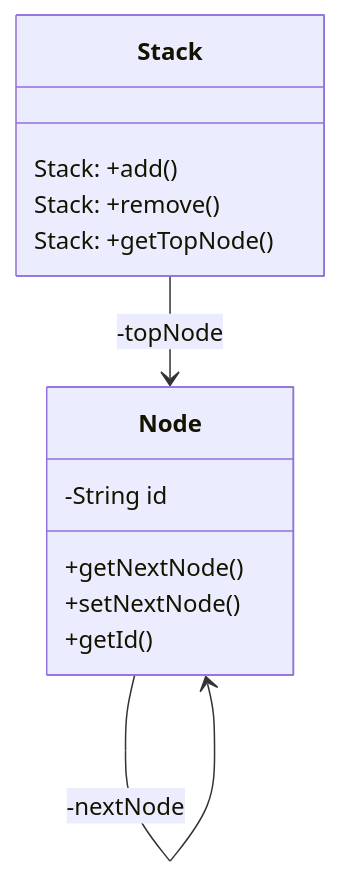
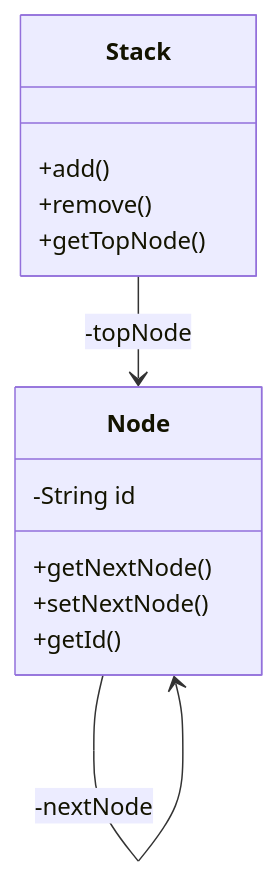
One commit to rueckertgym/begleitmaterial changed the first of 2 diagrams in book/lineareDatenstrukturen/stack/stack_Modellierung.md. Above: the diagram before and after it, drawn with Mermaid. The commit also changed other lines of this file and 1 other file, not shown here.

Commit message:
Aktualisieren book/lineareDatenstrukturen/stack/stack_Modellierung.md, book/lineareDatenstrukturen/loesungen/s64nr2Queue.md

````diff
--- a/book/lineareDatenstrukturen/stack/stack_Modellierung.md
+++ b/book/lineareDatenstrukturen/stack/stack_Modellierung.md
@@ -9,16 +9,16 @@
 ```mermaid
 classDiagram
 Stack --> Node : -topNode
 Node --> Node : -nextNode
   class Stack {    
-    Stack: +add()
-    Stack: +remove()
-    Stack: +getTopNode()
+     +add()
+     +remove()
+    +getTopNode()
   }
   class Node{
     -String id
     +getNextNode()
     +setNextNode()
     +getId()
   }
 ```
````
